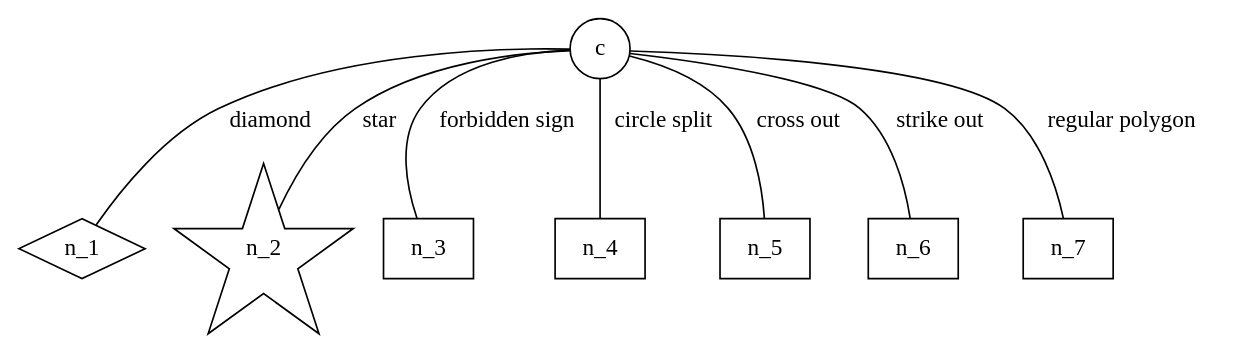
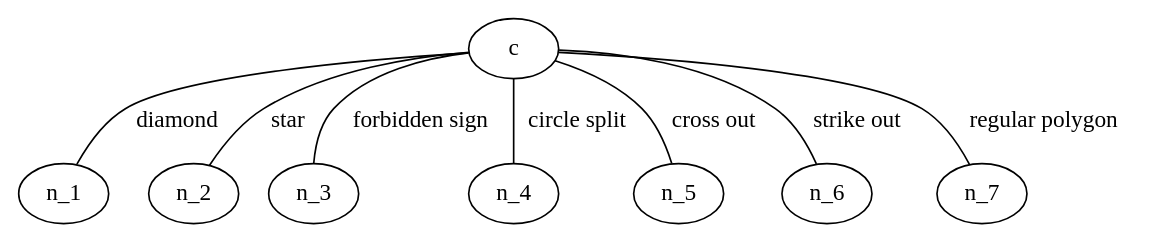
Before and after one commit to xyz2tex/dot2tex: the diagram in examples/tikzshapes.dot, drawn with Graphviz.

Commit message:
Replace shape with lblstyle so that the TikZ node shape example outputs correct code

```diff
--- a/examples/tikzshapes.dot
+++ b/examples/tikzshapes.dot
@@ -1,38 +1,38 @@
 /*
 
 :Title: TikZ node shapes
 :Tags: TikZ, tikzedgelabels
 
 This example shows some of special `TikZ node shapes`_ that are available when using
-the ``tikz`` output format. 
+the ``tikz`` output format.
 
 Generated with::
 
  $ dot2tex -ftikz --prog circo -s tikzshapes.dot > tikzshapes.tex
- 
- 
+
+
 .. _TikZ node shapes: http://www.fauskes.net/pgftikzexamples/node-shapes/
 
 */
 graph G {
 	graph [mindist=0.5];
 	node [style="fill=green!20",texmode=math];
 	edge [lblstyle="above,sloped"];
 	d2ttikzedgelabels=true;
-	c [shape=circle];
-	n_1 [shape=diamond];
-	n_2 [shape=star];
-	n_3 [shape="forbidden sign"];
-	n_4 [shape="circle split", texlbl="$n$ \nodepart{lower} $4$"];
-	n_5 [shape="cross out"];
-	n_6 [shape="strike out"];
-	n_7 [shape="regular polygon,regular polygon sides=7"];
+	c [style=circle];
+	n_1 [lblstyle=diamond];
+	n_2 [lblstyle=star];
+	n_3 [lblstyle="forbidden sign"];
+	n_4 [lblstyle="circle split", texlbl="$n$ \nodepart{lower} $4$"];
+	n_5 [lblstyle="cross out"];
+	n_6 [lblstyle="strike out"];
+	n_7 [lblstyle="regular polygon,regular polygon sides=7"];
 	c -- n_1 [label="diamond"]; 
 	c -- n_2 [label="star"];
 	c -- n_3 [label="forbidden sign"];
 	c -- n_4 [label="circle split"];
 	c -- n_5 [label="cross out"];
 	c -- n_6 [label="strike out"];
 	c -- n_7 [label="regular polygon"];
 	c [style="fill=red!80"];
 }
```
